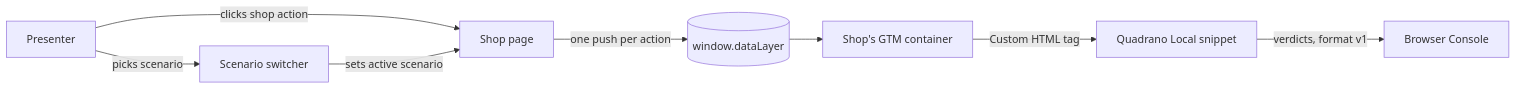
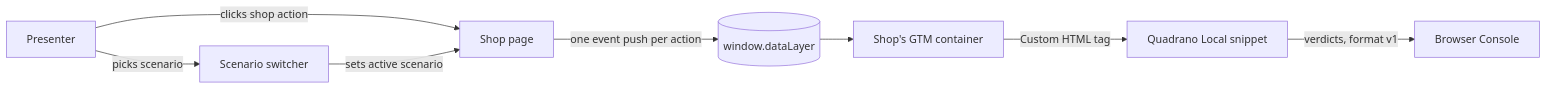
One commit to Quadrano-Ltd/quadrano-demo-shop changed the diagram in kitty-specs/demo-shop-01M5QW5Y/spec.md. Above: the diagram before and after it, drawn with Mermaid. The commit also changed other lines of this file and 6 other files, not shown here.

````diff
--- a/kitty-specs/demo-shop-01M5QW5Y/spec.md
+++ b/kitty-specs/demo-shop-01M5QW5Y/spec.md
@@ -14,10 +14,10 @@
 ```mermaid
 flowchart LR
   P[Presenter] -->|picks scenario| S[Scenario switcher]
   P -->|clicks shop action| A[Shop page]
   S -->|sets active scenario| A
-  A -->|one push per action| DL[(window.dataLayer)]
+  A -->|one event push per action| DL[(window.dataLayer)]
   DL --> GTM[Shop's GTM container]
   GTM -->|Custom HTML tag| Q[Quadrano Local snippet]
   Q -->|verdicts, format v1| C[Browser Console]
 ```
````
